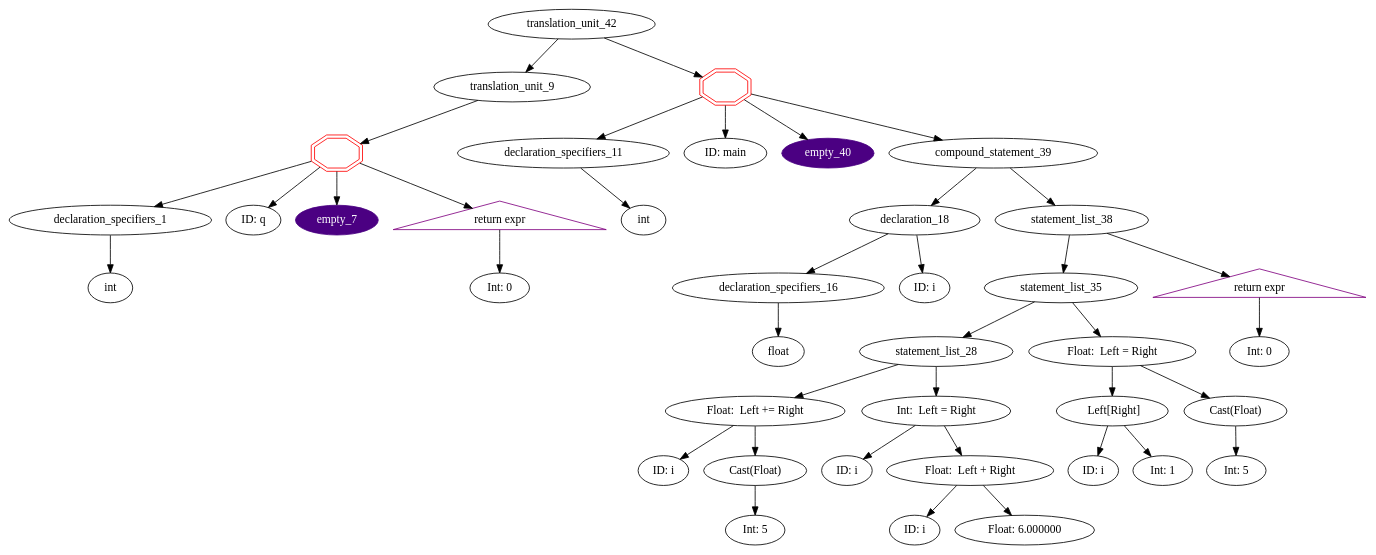
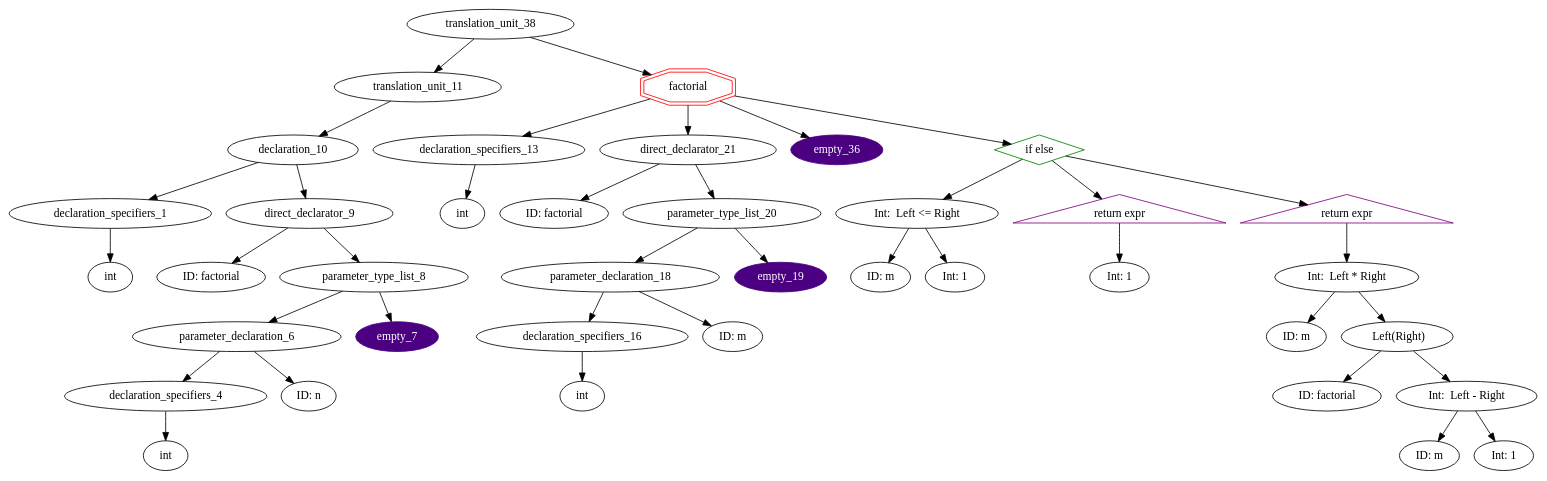
One commit to ahpalmerUNR/c_compiler changed the diagram in graphs/default.gv. Above: the diagram before and after it, drawn with Graphviz. The commit also changed 8 other files, not shown here.

```diff
--- a/graphs/default.gv
+++ b/graphs/default.gv
@@ -1,74 +1,71 @@
 digraph AST {
-	translation_unit_42 -> translation_unit_9;
-	translation_unit_9 -> function_definition_8;
-	function_definition_8 [shape=doubleoctagon,color=red,label=""]
-	function_definition_8 -> declaration_specifiers_1;
+	translation_unit_38 -> translation_unit_11;
+	translation_unit_11 -> declaration_10;
+	declaration_10 [label="declaration_10"]
+	declaration_10 -> declaration_specifiers_1;
 	declaration_specifiers_1 [label="declaration_specifiers_1"]
 	declaration_specifiers_1 -> type_specifier_0;
 	type_specifier_0 [label="int"]
-	function_definition_8 -> identifier_2;
-	identifier_2 [label="ID: q"]
-	function_definition_8 -> empty_7;
+	declaration_10 -> direct_declarator_9;
+	direct_declarator_9 -> identifier_2;
+	identifier_2 [label="ID: factorial"]
+	direct_declarator_9 -> parameter_type_list_8;
+	parameter_type_list_8 -> parameter_declaration_6;
+	parameter_declaration_6 -> declaration_specifiers_4;
+	declaration_specifiers_4 [label="declaration_specifiers_4"]
+	declaration_specifiers_4 -> type_specifier_3;
+	type_specifier_3 [label="int"]
+	parameter_declaration_6 -> identifier_5;
+	identifier_5 [label="ID: n"]
+	parameter_type_list_8 -> empty_7;
 	empty_7 [style=filled,color=indigo,fontcolor=white]
-	function_definition_8 -> jump_statement_6;
-	jump_statement_6 [shape = triangle,color=purple,label="return expr"]
-	jump_statement_6 -> constant_5;
-	constant_5 [label="Int: 0"]
-	translation_unit_42 -> function_definition_41;
-	function_definition_41 [shape=doubleoctagon,color=red,label=""]
-	function_definition_41 -> declaration_specifiers_11;
-	declaration_specifiers_11 [label="declaration_specifiers_11"]
-	declaration_specifiers_11 -> type_specifier_10;
-	type_specifier_10 [label="int"]
-	function_definition_41 -> identifier_12;
-	identifier_12 [label="ID: main"]
-	function_definition_41 -> empty_40;
-	empty_40 [style=filled,color=indigo,fontcolor=white]
-	function_definition_41 -> compound_statement_39;
-	compound_statement_39 -> declaration_18;
-	declaration_18 [label="declaration_18"]
-	declaration_18 -> declaration_specifiers_16;
+	translation_unit_38 -> function_definition_37;
+	function_definition_37 [shape=doubleoctagon,color=red,label="factorial"]
+	function_definition_37 -> declaration_specifiers_13;
+	declaration_specifiers_13 [label="declaration_specifiers_13"]
+	declaration_specifiers_13 -> type_specifier_12;
+	type_specifier_12 [label="int"]
+	function_definition_37 -> direct_declarator_21;
+	direct_declarator_21 -> identifier_14;
+	identifier_14 [label="ID: factorial"]
+	direct_declarator_21 -> parameter_type_list_20;
+	parameter_type_list_20 -> parameter_declaration_18;
+	parameter_declaration_18 -> declaration_specifiers_16;
 	declaration_specifiers_16 [label="declaration_specifiers_16"]
 	declaration_specifiers_16 -> type_specifier_15;
-	type_specifier_15 [label="float"]
-	declaration_18 -> identifier_17;
-	identifier_17 [label="ID: i"]
-	compound_statement_39 -> statement_list_38;
-	statement_list_38 -> statement_list_35;
-	statement_list_35 -> statement_list_28;
-	statement_list_28 -> assignment_expression_21;
-	assignment_expression_21 [label="Float:  Left += Right"]
-	assignment_expression_21 -> identifier_19;
-	identifier_19 [label="ID: i"]
-	assignment_expression_21 -> Implicit_Cast_22;
-	Implicit_Cast_22 [label="Cast(Float)"]
-	Implicit_Cast_22 -> constant_20;
-	constant_20 [label="Int: 5"]
-	statement_list_28 -> assignment_expression_27;
-	assignment_expression_27 [label="Int:  Left = Right"]
-	assignment_expression_27 -> identifier_23;
-	identifier_23 [label="ID: i"]
-	assignment_expression_27 -> operator_expression_26;
-	operator_expression_26 [label="Float:  Left + Right"]
-	operator_expression_26 -> identifier_24;
-	identifier_24 [label="ID: i"]
-	operator_expression_26 -> constant_25;
-	constant_25 [label="Float: 6.000000"]
-	statement_list_35 -> assignment_expression_33;
-	assignment_expression_33 [label="Float:  Left = Right"]
-	assignment_expression_33 -> postfix_expression_31;
-	postfix_expression_31 [label="  Left[Right]"]
-	postfix_expression_31 -> identifier_29;
-	identifier_29 [label="ID: i"]
-	postfix_expression_31 -> constant_30;
+	type_specifier_15 [label="int"]
+	parameter_declaration_18 -> identifier_17;
+	identifier_17 [label="ID: m"]
+	parameter_type_list_20 -> empty_19;
+	empty_19 [style=filled,color=indigo,fontcolor=white]
+	function_definition_37 -> empty_36;
+	empty_36 [style=filled,color=indigo,fontcolor=white]
+	function_definition_37 -> selection_statement_35;
+	selection_statement_35 [shape=diamond,color=green,label="if else"]
+	selection_statement_35 -> equality_expression_24;
+	equality_expression_24 [label="Int:  Left <= Right"]
+	equality_expression_24 -> identifier_22;
+	identifier_22 [label="ID: m"]
+	equality_expression_24 -> constant_23;
+	constant_23 [label="Int: 1"]
+	selection_statement_35 -> jump_statement_26;
+	jump_statement_26 [shape = triangle,color=purple,label="return expr"]
+	jump_statement_26 -> constant_25;
+	constant_25 [label="Int: 1"]
+	selection_statement_35 -> jump_statement_34;
+	jump_statement_34 [shape = triangle,color=purple,label="return expr"]
+	jump_statement_34 -> operator_expression_33;
+	operator_expression_33 [label="Int:  Left * Right"]
+	operator_expression_33 -> identifier_27;
+	identifier_27 [label="ID: m"]
+	operator_expression_33 -> postfix_expression_32;
+	postfix_expression_32 [label="  Left(Right)"]
+	postfix_expression_32 -> identifier_28;
+	identifier_28 [label="ID: factorial"]
+	postfix_expression_32 -> operator_expression_31;
+	operator_expression_31 [label="Int:  Left - Right"]
+	operator_expression_31 -> identifier_29;
+	identifier_29 [label="ID: m"]
+	operator_expression_31 -> constant_30;
 	constant_30 [label="Int: 1"]
-	assignment_expression_33 -> Implicit_Cast_34;
-	Implicit_Cast_34 [label="Cast(Float)"]
-	Implicit_Cast_34 -> constant_32;
-	constant_32 [label="Int: 5"]
-	statement_list_38 -> jump_statement_37;
-	jump_statement_37 [shape = triangle,color=purple,label="return expr"]
-	jump_statement_37 -> constant_36;
-	constant_36 [label="Int: 0"]
-
 }
```
